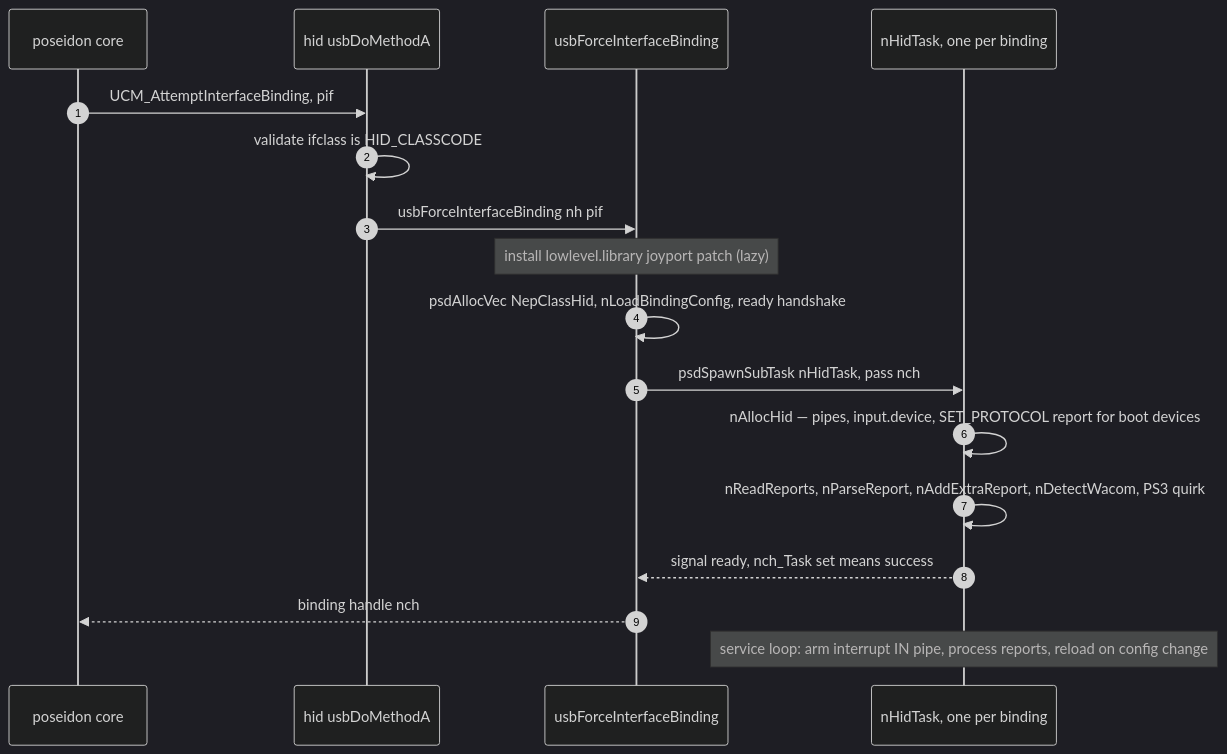
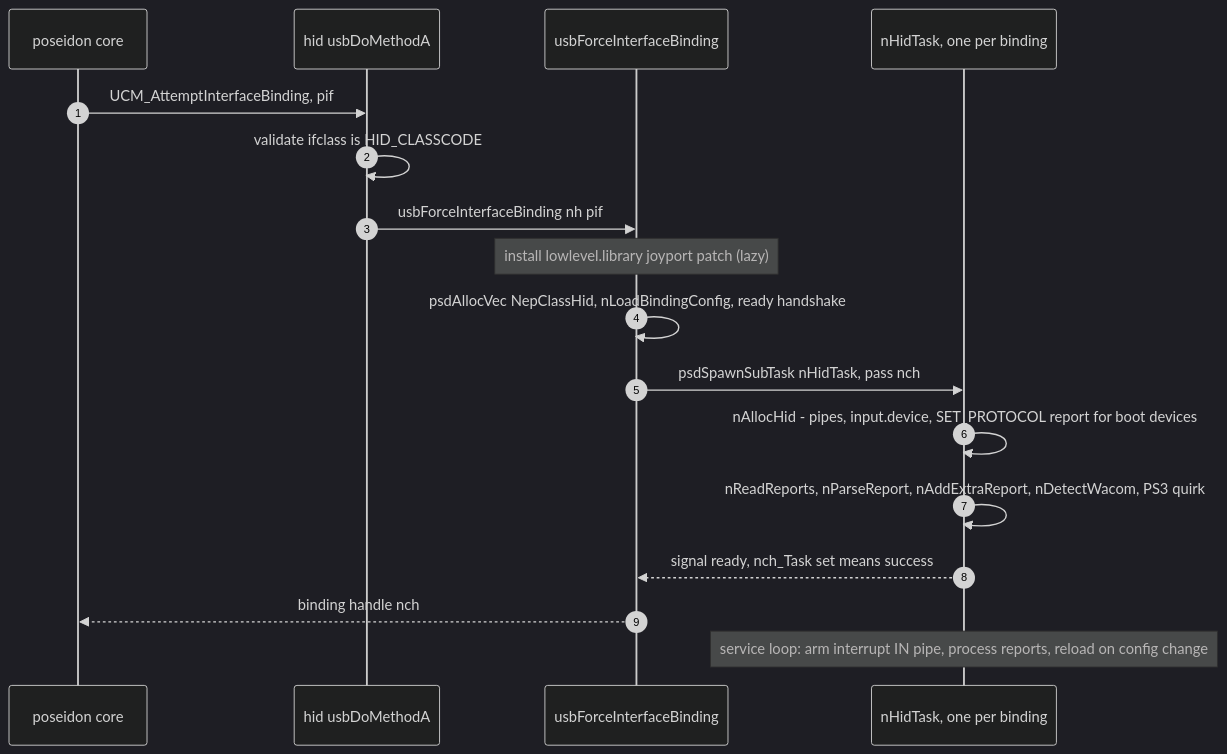
One commit to rondoval/poseidon-backport changed the third of 8 diagrams in docs/hid.class-architecture.md. Above: the diagram before and after it, drawn with Mermaid (dark theme). The commit also changed other lines of this file and 108 other files, not shown here.

````diff
--- a/docs/hid.class-architecture.md
+++ b/docs/hid.class-architecture.md
@@ -128,20 +128,20 @@
 ```mermaid
 sequenceDiagram
     autonumber
     participant PS as poseidon core
     participant CLS as hid usbDoMethodA
     participant FB as usbForceInterfaceBinding
     participant T as nHidTask, one per binding
 
     PS->>CLS: UCM_AttemptInterfaceBinding, pif
     CLS->>CLS: validate ifclass is HID_CLASSCODE
     CLS->>FB: usbForceInterfaceBinding nh pif
     note over FB: install lowlevel.library joyport patch (lazy)
     FB->>FB: psdAllocVec NepClassHid, nLoadBindingConfig, ready handshake
     FB->>T: psdSpawnSubTask nHidTask, pass nch
-    T->>T: nAllocHid — pipes, input.device, SET_PROTOCOL report for boot devices
+    T->>T: nAllocHid - pipes, input.device, SET_PROTOCOL report for boot devices
     T->>T: nReadReports, nParseReport, nAddExtraReport, nDetectWacom, PS3 quirk
     T-->>FB: signal ready, nch_Task set means success
     FB-->>PS: binding handle nch
     note over T: service loop: arm interrupt IN pipe, process reports, reload on config change
 ```
````
